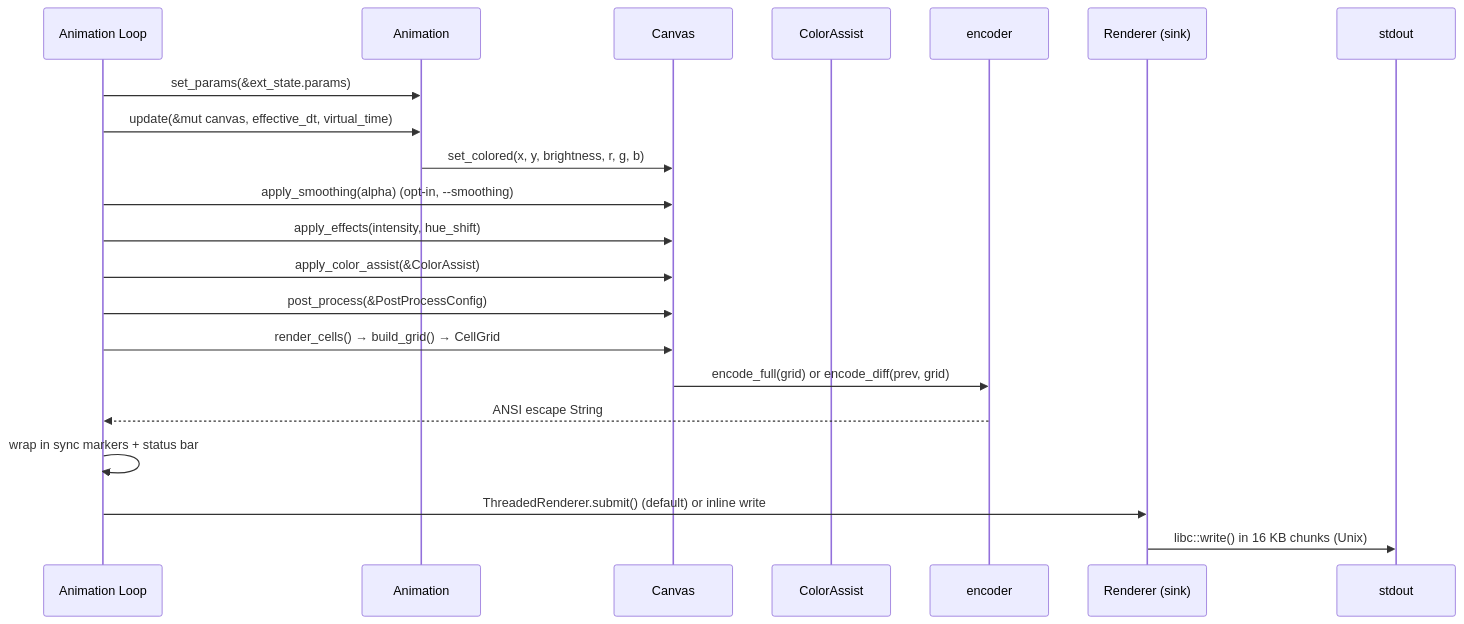
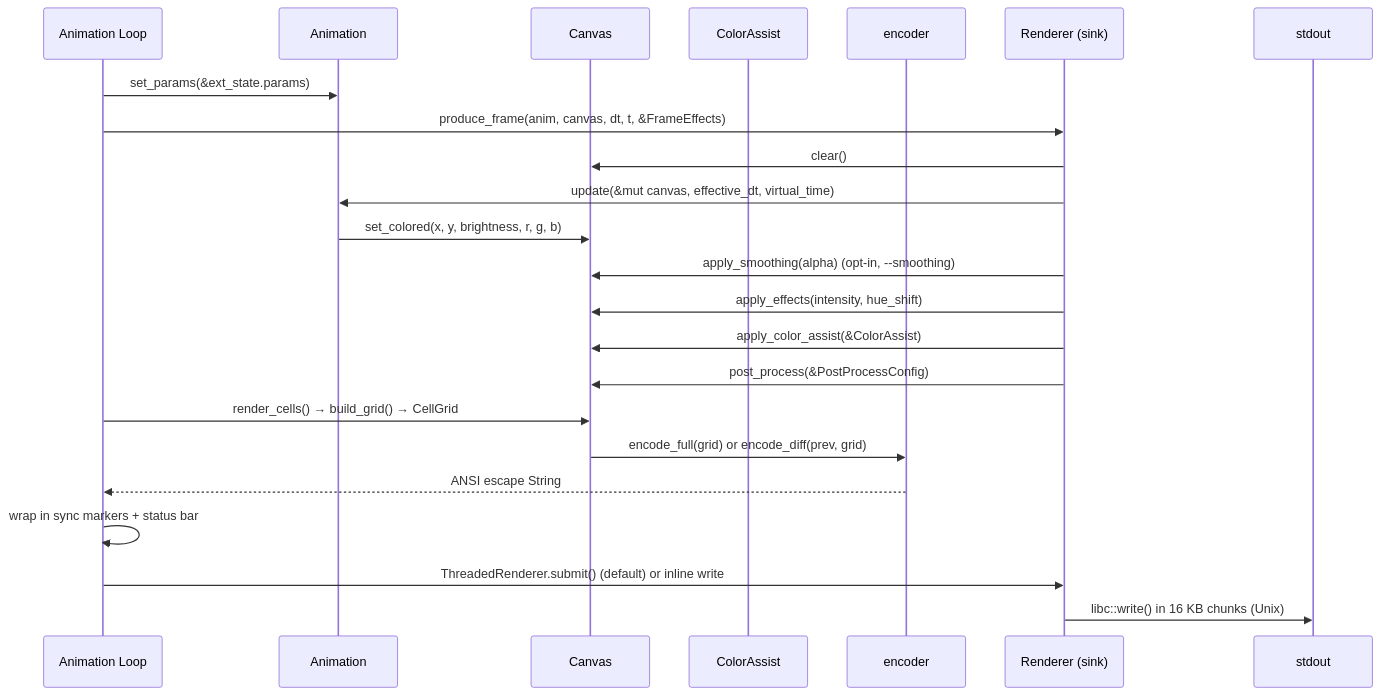
The third of 14 diagrams in docs/ARCHITECTURE.md (paulrobello/termflix), drawn with Mermaid before and after one commit. The commit also changed other lines of this file and 7 other files, not shown here.

````diff
--- a/docs/ARCHITECTURE.md
+++ b/docs/ARCHITECTURE.md
@@ -237,24 +237,26 @@
 ```mermaid
 sequenceDiagram
     participant AL as Animation Loop
     participant AN as Animation
     participant CV as Canvas
     participant CA as ColorAssist
     participant EN as encoder
     participant RN as Renderer (sink)
     participant ST as stdout
 
     AL->>AN: set_params(&ext_state.params)
-    AL->>AN: update(&mut canvas, effective_dt, virtual_time)
+    AL->>RN: produce_frame(anim, canvas, dt, t, &FrameEffects)
+    RN->>CV: clear()
+    RN->>AN: update(&mut canvas, effective_dt, virtual_time)
     AN->>CV: set_colored(x, y, brightness, r, g, b)
-    AL->>CV: apply_smoothing(alpha) (opt-in, --smoothing)
-    AL->>CV: apply_effects(intensity, hue_shift)
-    AL->>CV: apply_color_assist(&ColorAssist)
-    AL->>CV: post_process(&PostProcessConfig)
+    RN->>CV: apply_smoothing(alpha) (opt-in, --smoothing)
+    RN->>CV: apply_effects(intensity, hue_shift)
+    RN->>CV: apply_color_assist(&ColorAssist)
+    RN->>CV: post_process(&PostProcessConfig)
     AL->>CV: render_cells() → build_grid() → CellGrid
     CV->>EN: encode_full(grid) or encode_diff(prev, grid)
     EN-->>AL: ANSI escape String
     AL->>AL: wrap in sync markers + status bar
     AL->>RN: ThreadedRenderer.submit() (default) or inline write
     RN->>ST: libc::write() in 16 KB chunks (Unix)
 ```
````
